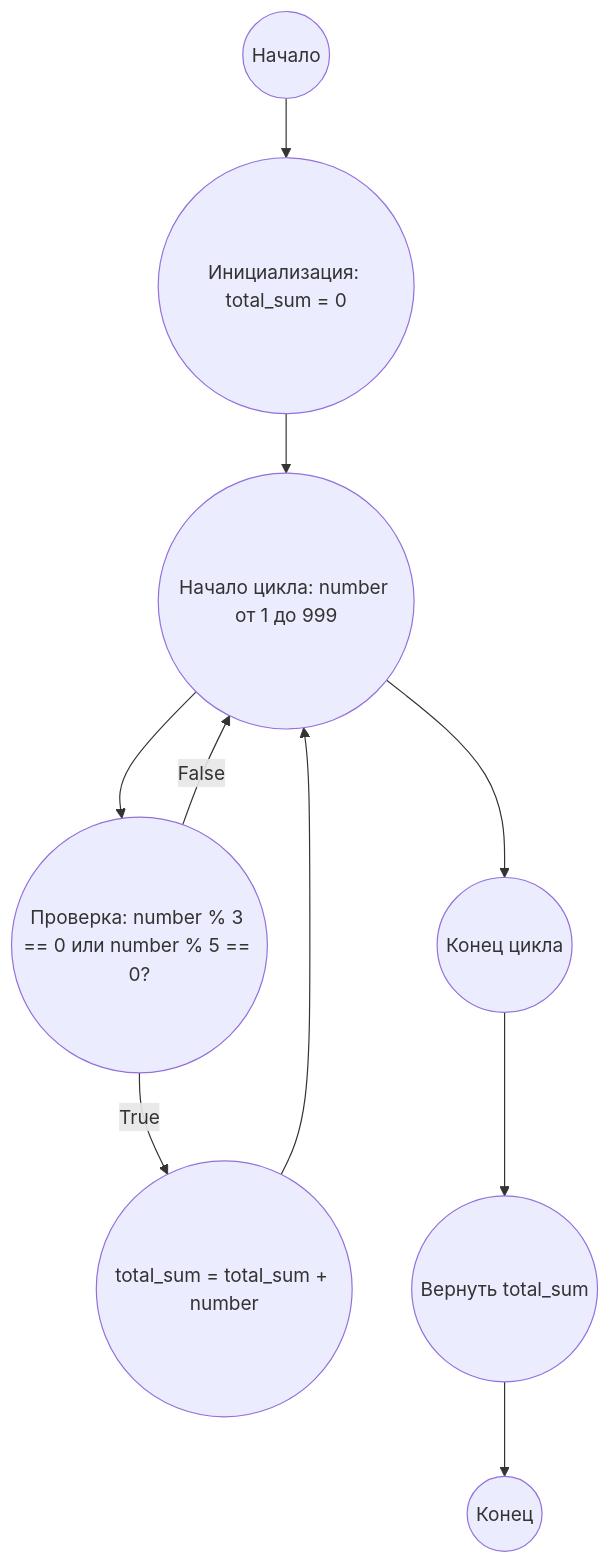
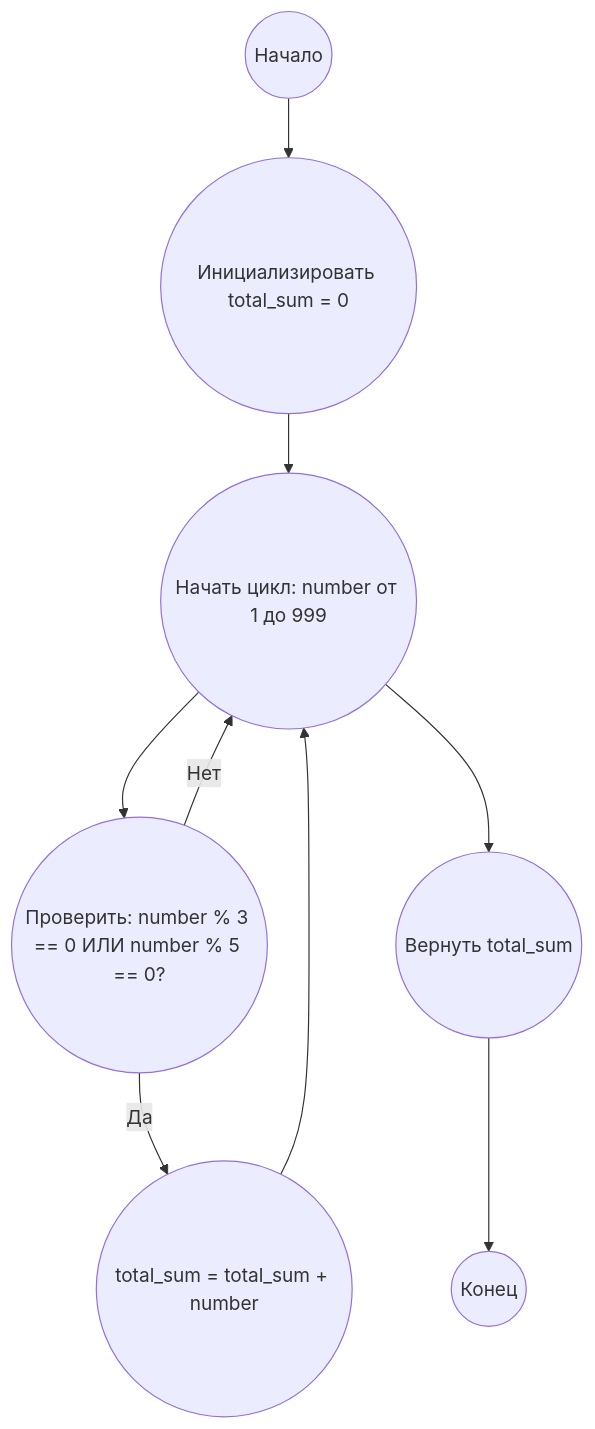
One commit to hypo69/hypo changed the diagram in src/endpoints/ai_games/projecteuler/solves/e_1.md. Above: the diagram before and after it, drawn with Mermaid. The commit also changed other lines of this file and 734 other files, not shown here.

````diff
--- a/src/endpoints/ai_games/projecteuler/solves/e_1.md
+++ b/src/endpoints/ai_games/projecteuler/solves/e_1.md
@@ -47,12 +48,11 @@
 ```mermaid
 flowchart TD
-    Start((Начало)) --> InitializeSumVariable((Инициализация: total_sum = 0))
-    InitializeSumVariable --> LoopStart((Начало цикла: number от 1 до 999))
-    LoopStart --> CheckDivisibility((Проверка: number % 3 == 0 или number % 5 == 0?))
-    CheckDivisibility -- True --> AddNumberToSum((total_sum = total_sum + number))
-    AddNumberToSum --> LoopStart
-    CheckDivisibility -- False --> LoopStart
-     LoopStart --> EndLoop((Конец цикла))
-    EndLoop --> ReturnSum((Вернуть total_sum))
+    Start((Начало)) --> InitializeSum((Инициализировать total_sum = 0))
+    InitializeSum --> LoopStart((Начать цикл: number от 1 до 999))
+    LoopStart --> CheckDivisibility((Проверить: number % 3 == 0 ИЛИ number % 5 == 0?))
+    CheckDivisibility -- Да --> AddToSum((total_sum = total_sum + number))
+    AddToSum --> LoopStart
+    CheckDivisibility -- Нет --> LoopStart
+    LoopStart --> ReturnSum((Вернуть total_sum))
     ReturnSum --> End((Конец))
 ```
````
